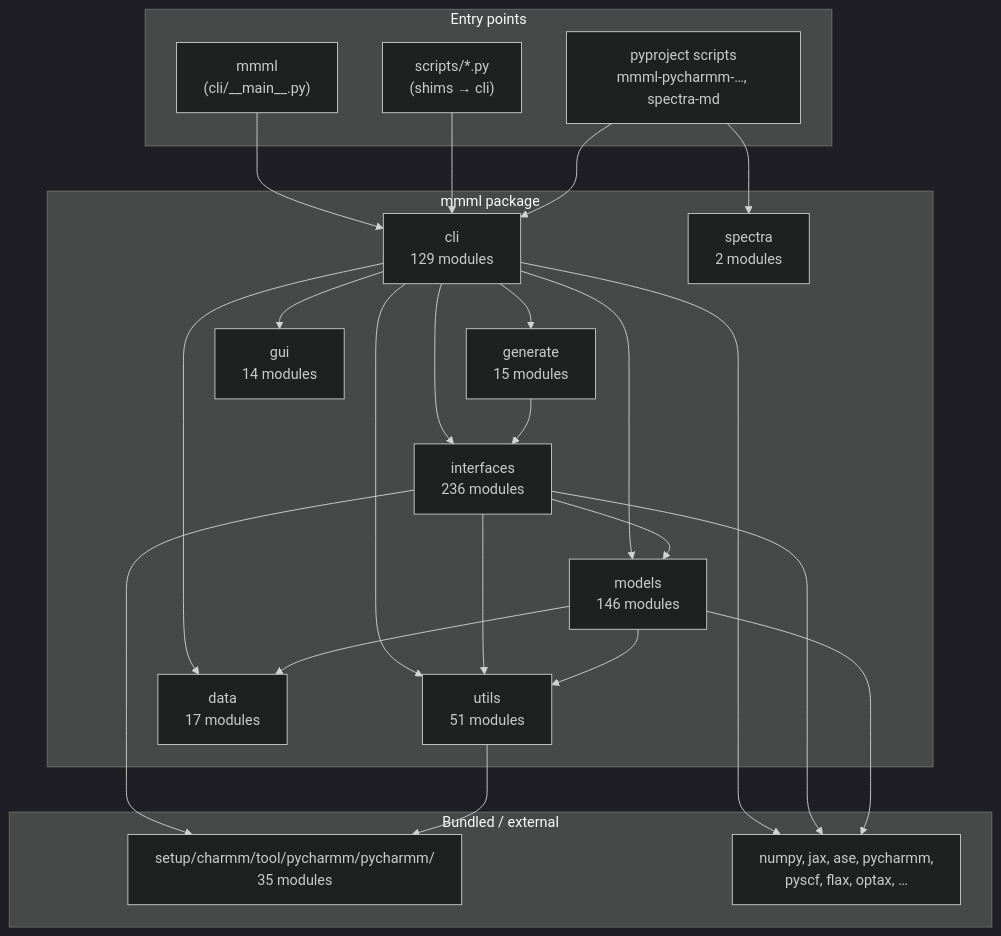
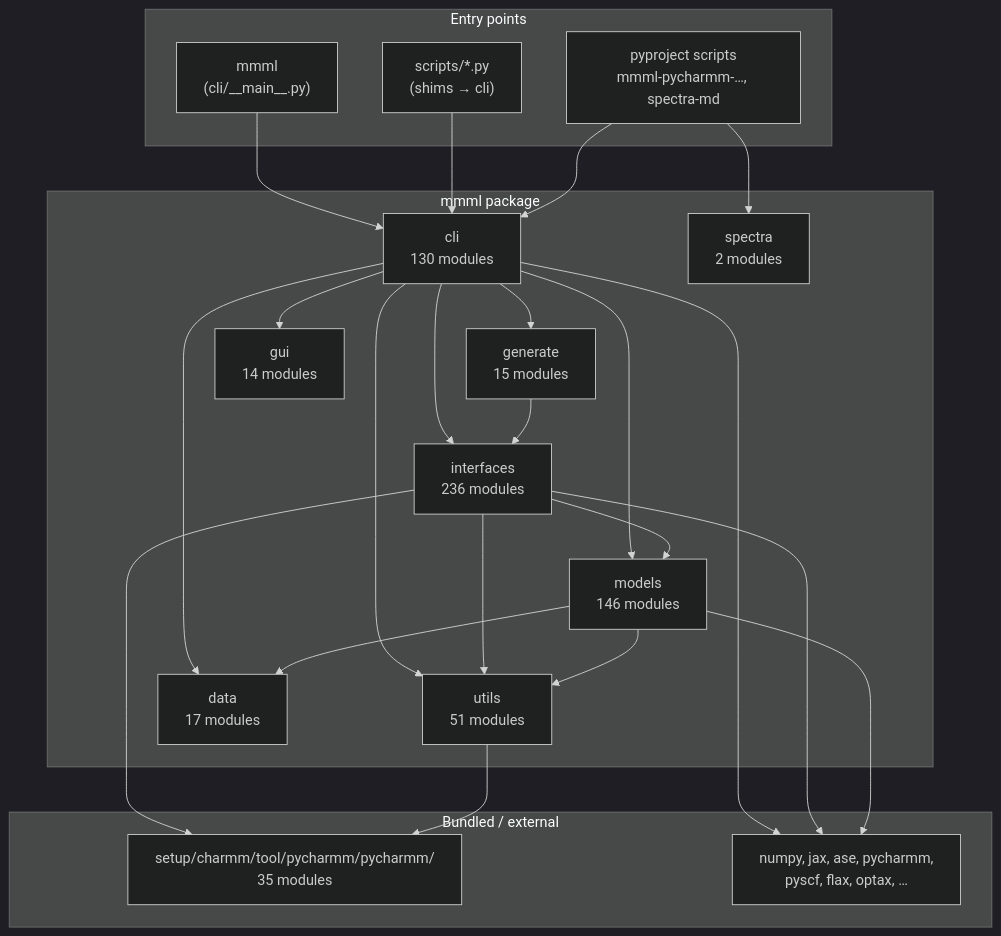
Before and after one commit to EricBoittier/mmml: the first of 8 diagrams in docs/package-architecture.md, drawn with Mermaid (dark theme). The commit also changed other lines of this file, not shown here.

Commit message:
docs: bump CLI architecture counts for pet-interaction-pes
Generated-content check requires 69 subcommands / 130 cli modules after
the interaction PES command landed.

````diff
--- a/docs/package-architecture.md
+++ b/docs/package-architecture.md
@@ -13,48 +13,48 @@
 ```mermaid
 flowchart TB
   subgraph entry["Entry points"]
     MMML["mmml\n(cli/__main__.py)"]
     SCRIPTS["scripts/*.py\n(shims → cli)"]
     PKG["pyproject scripts\nmmml-pycharmm-…, spectra-md"]
   end
 
   subgraph mmml_pkg["mmml package"]
-    CLI["cli\n129 modules"]
+    CLI["cli\n130 modules"]
     IFACE["interfaces\n236 modules"]
     MODELS["models\n146 modules"]
     UTILS["utils\n51 modules"]
     DATA["data\n17 modules"]
     GEN["generate\n15 modules"]
     GUI["gui\n14 modules"]
     SPEC["spectra\n2 modules"]
   end
 
   subgraph vendor["Bundled / external"]
     PYCH["setup/charmm/tool/pycharmm/pycharmm/\n35 modules"]
     EXT["numpy, jax, ase, pycharmm,\npyscf, flax, optax, …"]
   end
 
   MMML --> CLI
   SCRIPTS --> CLI
   PKG --> CLI
   PKG --> SPEC
 
   CLI --> IFACE
   CLI --> MODELS
   CLI --> DATA
   CLI --> UTILS
   CLI --> GEN
   CLI --> GUI
 
   IFACE --> MODELS
   IFACE --> UTILS
   IFACE --> PYCH
   MODELS --> UTILS
   MODELS --> DATA
   UTILS --> PYCH
   GEN --> IFACE
 
   CLI --> EXT
   IFACE --> EXT
   MODELS --> EXT
 ```
````
